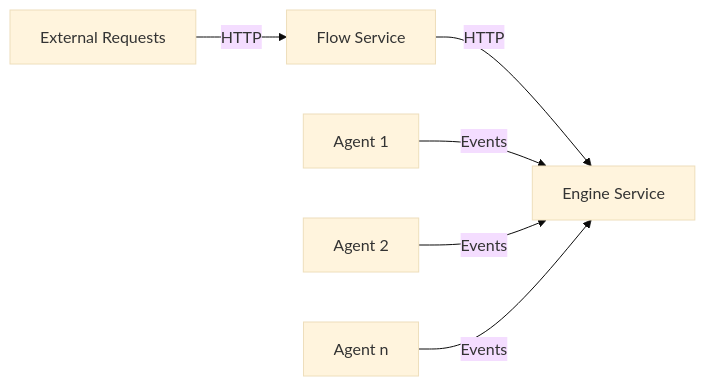
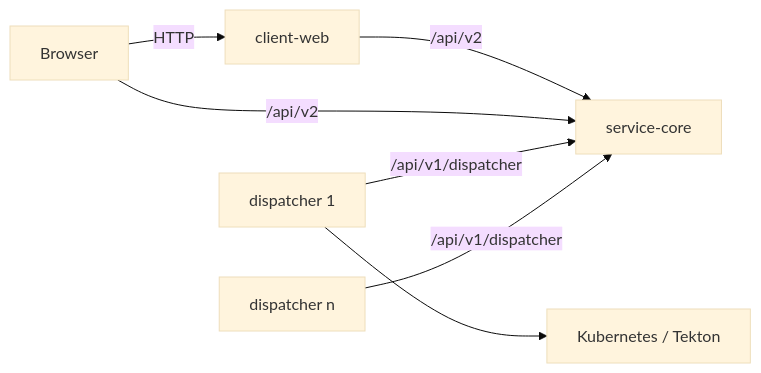
Before and after one commit to boomerang-io/flow: the diagram in README.md, drawn with Mermaid (base theme). The commit also changed other lines of this file and 1 other file, not shown here.

First line of the commit message:
fix(ci): ci-dispatcher watches itself, not the renamed ci-agent.yml

````diff
--- a/README.md
+++ b/README.md
@@ -19,8 +17,9 @@
 ```mermaid
 graph LR
-    A[External Requests] -->|HTTP| B[Flow Service]
-    B -->|HTTP| C[Engine Service]
-    D[Agent 1] -->|Events| C
-    E[Agent 2] -->|Events| C
-    F[Agent n] -->|Events| C
+    U[Browser] -->|HTTP| W[client-web]
+    W -->|/api/v2| C[service-core]
+    U -->|/api/v2| C
+    D1[dispatcher 1] -->|/api/v1/dispatcher| C
+    D2[dispatcher n] -->|/api/v1/dispatcher| C
+    D1 --> K[Kubernetes / Tekton]
 ```
````
